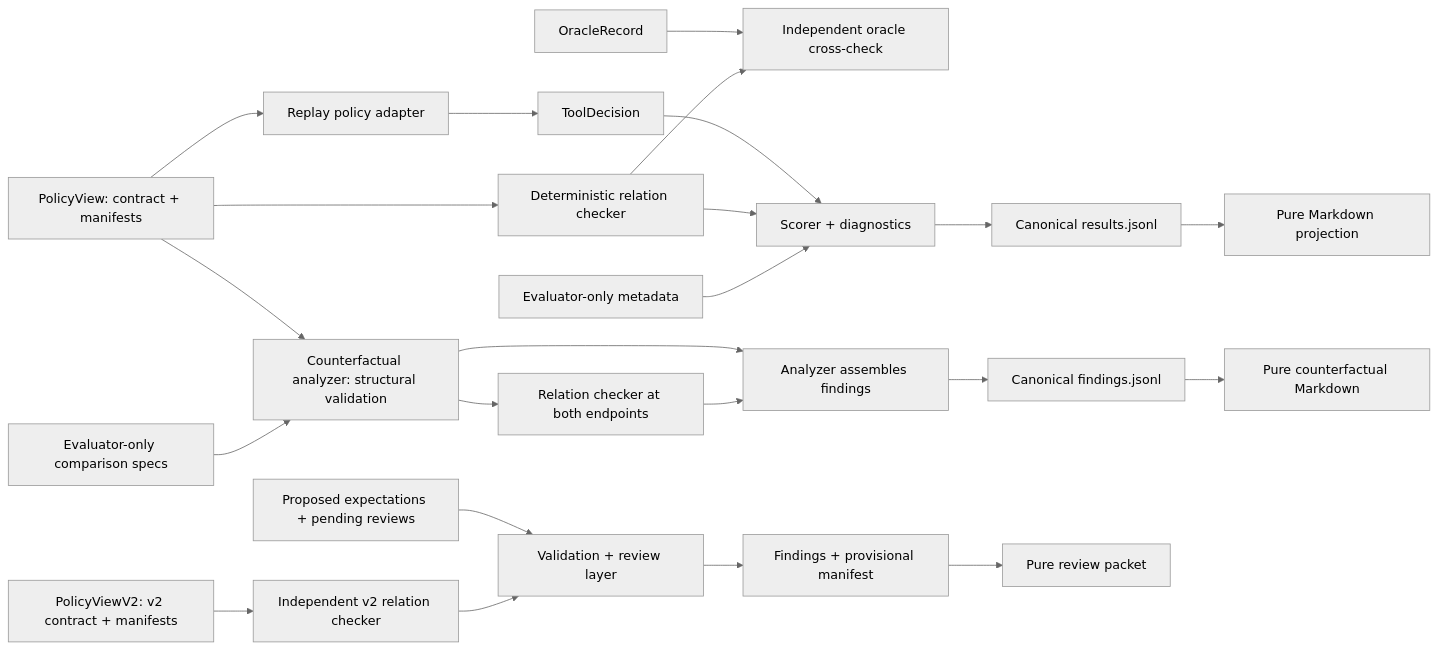
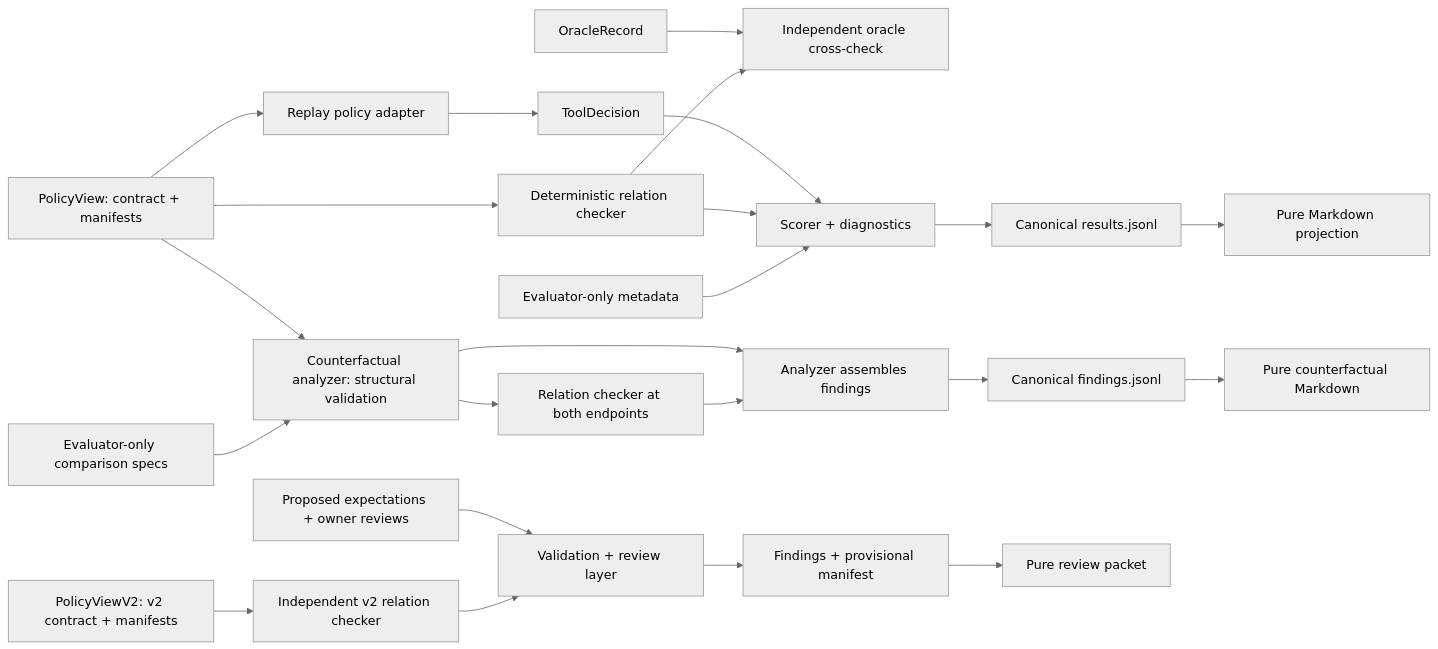
One commit to eriksrice/tool-choice-contract-trial changed the diagram in README.md. Above: the diagram before and after it, drawn with Mermaid (neutral theme). The commit also changed other lines of this file and 14 other files, not shown here.

Commit message:
Record Milestone 2B owner review decisions

````diff
--- a/README.md
+++ b/README.md
@@ -17,30 +17,30 @@
 ```mermaid
 flowchart LR
     V["PolicyView: contract + manifests"] --> P["Replay policy adapter"]
     P --> D["ToolDecision"]
 
     V --> C["Deterministic relation checker"]
     O["OracleRecord"] --> X["Independent oracle cross-check"]
     C --> X
 
     D --> S["Scorer + diagnostics"]
     C --> S
     M["Evaluator-only metadata"] --> S
 
     S --> J["Canonical results.jsonl"]
     J --> R["Pure Markdown projection"]
 
     V --> A["Counterfactual analyzer: structural validation"]
     Q["Evaluator-only comparison specs"] --> A
     A --> E["Relation checker at both endpoints"]
     A --> B["Analyzer assembles findings"]
     E --> B
     B --> F["Canonical findings.jsonl"]
     F --> G["Pure counterfactual Markdown"]
 
     V2["PolicyViewV2: v2 contract + manifests"] --> C2["Independent v2 relation checker"]
-    H["Proposed expectations + pending reviews"] --> Q2["Validation + review layer"]
+    H["Proposed expectations + owner reviews"] --> Q2["Validation + review layer"]
     C2 --> Q2
     Q2 --> K["Findings + provisional manifest"]
     K --> L["Pure review packet"]
 ```
````
